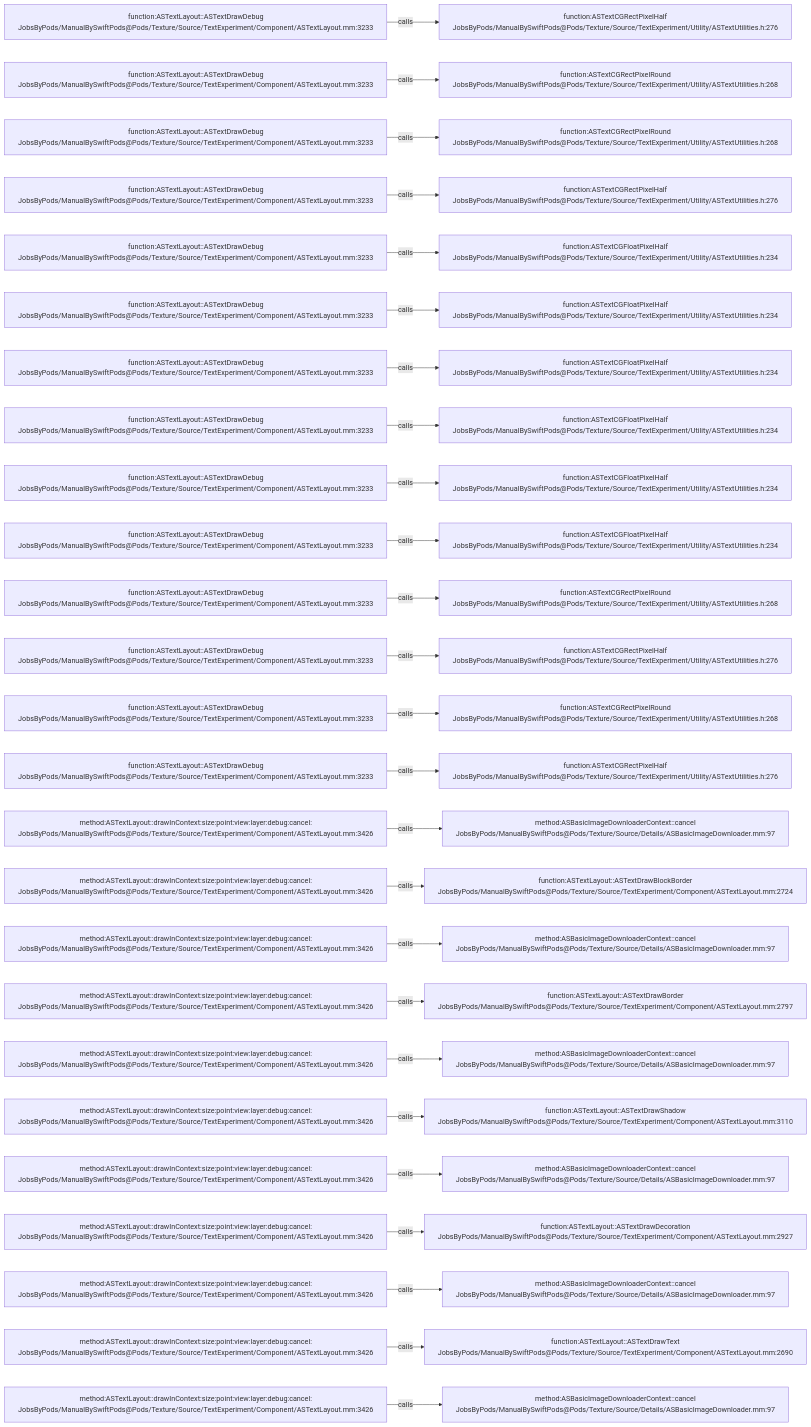
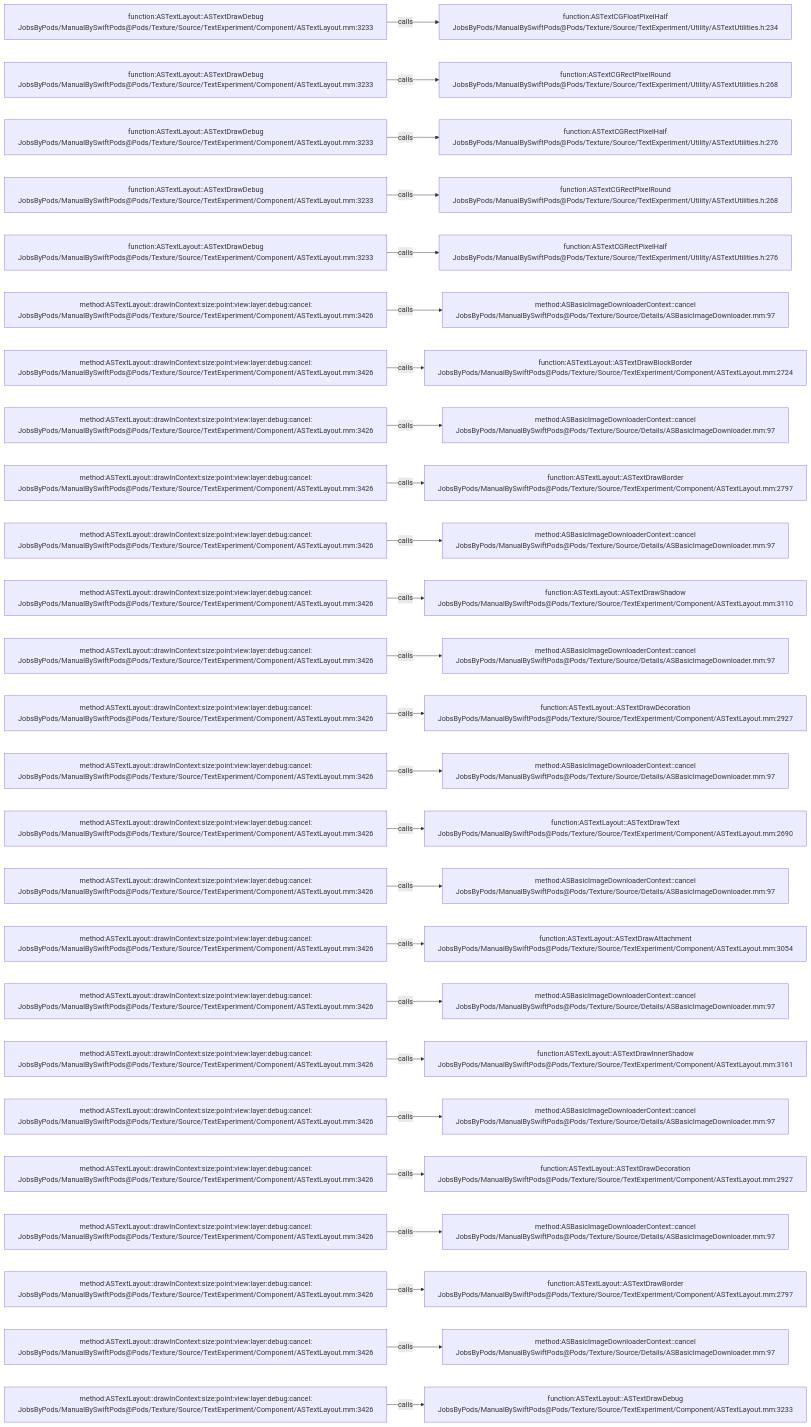
Before and after one commit to JobsKits/JobsSwiftBaseConfigDemo: the diagram in .codegraph/codegraph.md/graphs/calls-137.md, drawn with Mermaid. The commit also changed 707 other files, not shown here.

````diff
--- a/.codegraph/codegraph.md/graphs/calls-137.md
+++ b/.codegraph/codegraph.md/graphs/calls-137.md
@@ -13,78 +13,78 @@
 ```mermaid
 flowchart LR
   S1["function:ASTextLayout::ASTextDrawDebug<br/>JobsByPods/ManualBySwiftPods@Pods/Texture/Source/TextExperiment/Component/ASTextLayout.mm:3233"]
-  T1["function:ASTextCGRectPixelHalf<br/>JobsByPods/ManualBySwiftPods@Pods/Texture/Source/TextExperiment/Utility/ASTextUtilities.h:276"]
+  T1["function:ASTextCGFloatPixelHalf<br/>JobsByPods/ManualBySwiftPods@Pods/Texture/Source/TextExperiment/Utility/ASTextUtilities.h:234"]
   S1 -->|calls| T1
   S2["function:ASTextLayout::ASTextDrawDebug<br/>JobsByPods/ManualBySwiftPods@Pods/Texture/Source/TextExperiment/Component/ASTextLayout.mm:3233"]
   T2["function:ASTextCGRectPixelRound<br/>JobsByPods/ManualBySwiftPods@Pods/Texture/Source/TextExperiment/Utility/ASTextUtilities.h:268"]
   S2 -->|calls| T2
   S3["function:ASTextLayout::ASTextDrawDebug<br/>JobsByPods/ManualBySwiftPods@Pods/Texture/Source/TextExperiment/Component/ASTextLayout.mm:3233"]
-  T3["function:ASTextCGRectPixelRound<br/>JobsByPods/ManualBySwiftPods@Pods/Texture/Source/TextExperiment/Utility/ASTextUtilities.h:268"]
+  T3["function:ASTextCGRectPixelHalf<br/>JobsByPods/ManualBySwiftPods@Pods/Texture/Source/TextExperiment/Utility/ASTextUtilities.h:276"]
   S3 -->|calls| T3
   S4["function:ASTextLayout::ASTextDrawDebug<br/>JobsByPods/ManualBySwiftPods@Pods/Texture/Source/TextExperiment/Component/ASTextLayout.mm:3233"]
-  T4["function:ASTextCGRectPixelHalf<br/>JobsByPods/ManualBySwiftPods@Pods/Texture/Source/TextExperiment/Utility/ASTextUtilities.h:276"]
+  T4["function:ASTextCGRectPixelRound<br/>JobsByPods/ManualBySwiftPods@Pods/Texture/Source/TextExperiment/Utility/ASTextUtilities.h:268"]
   S4 -->|calls| T4
   S5["function:ASTextLayout::ASTextDrawDebug<br/>JobsByPods/ManualBySwiftPods@Pods/Texture/Source/TextExperiment/Component/ASTextLayout.mm:3233"]
-  T5["function:ASTextCGFloatPixelHalf<br/>JobsByPods/ManualBySwiftPods@Pods/Texture/Source/TextExperiment/Utility/ASTextUtilities.h:234"]
+  T5["function:ASTextCGRectPixelHalf<br/>JobsByPods/ManualBySwiftPods@Pods/Texture/Source/TextExperiment/Utility/ASTextUtilities.h:276"]
   S5 -->|calls| T5
-  S6["function:ASTextLayout::ASTextDrawDebug<br/>JobsByPods/ManualBySwiftPods@Pods/Texture/Source/TextExperiment/Component/ASTextLayout.mm:3233"]
-  T6["function:ASTextCGFloatPixelHalf<br/>JobsByPods/ManualBySwiftPods@Pods/Texture/Source/TextExperiment/Utility/ASTextUtilities.h:234"]
+  S6["method:ASTextLayout::drawInContext:size:point:view:layer:debug:cancel:<br/>JobsByPods/ManualBySwiftPods@Pods/Texture/Source/TextExperiment/Component/ASTextLayout.mm:3426"]
+  T6["method:ASBasicImageDownloaderContext::cancel<br/>JobsByPods/ManualBySwiftPods@Pods/Texture/Source/Details/ASBasicImageDownloader.mm:97"]
   S6 -->|calls| T6
-  S7["function:ASTextLayout::ASTextDrawDebug<br/>JobsByPods/ManualBySwiftPods@Pods/Texture/Source/TextExperiment/Component/ASTextLayout.mm:3233"]
-  T7["function:ASTextCGFloatPixelHalf<br/>JobsByPods/ManualBySwiftPods@Pods/Texture/Source/TextExperiment/Utility/ASTextUtilities.h:234"]
+  S7["method:ASTextLayout::drawInContext:size:point:view:layer:debug:cancel:<br/>JobsByPods/ManualBySwiftPods@Pods/Texture/Source/TextExperiment/Component/ASTextLayout.mm:3426"]
+  T7["function:ASTextLayout::ASTextDrawBlockBorder<br/>JobsByPods/ManualBySwiftPods@Pods/Texture/Source/TextExperiment/Component/ASTextLayout.mm:2724"]
   S7 -->|calls| T7
-  S8["function:ASTextLayout::ASTextDrawDebug<br/>JobsByPods/ManualBySwiftPods@Pods/Texture/Source/TextExperiment/Component/ASTextLayout.mm:3233"]
-  T8["function:ASTextCGFloatPixelHalf<br/>JobsByPods/ManualBySwiftPods@Pods/Texture/Source/TextExperiment/Utility/ASTextUtilities.h:234"]
+  S8["method:ASTextLayout::drawInContext:size:point:view:layer:debug:cancel:<br/>JobsByPods/ManualBySwiftPods@Pods/Texture/Source/TextExperiment/Component/ASTextLayout.mm:3426"]
+  T8["method:ASBasicImageDownloaderContext::cancel<br/>JobsByPods/ManualBySwiftPods@Pods/Texture/Source/Details/ASBasicImageDownloader.mm:97"]
   S8 -->|calls| T8
-  S9["function:ASTextLayout::ASTextDrawDebug<br/>JobsByPods/ManualBySwiftPods@Pods/Texture/Source/TextExperiment/Component/ASTextLayout.mm:3233"]
-  T9["function:ASTextCGFloatPixelHalf<br/>JobsByPods/ManualBySwiftPods@Pods/Texture/Source/TextExperiment/Utility/ASTextUtilities.h:234"]
+  S9["method:ASTextLayout::drawInContext:size:point:view:layer:debug:cancel:<br/>JobsByPods/ManualBySwiftPods@Pods/Texture/Source/TextExperiment/Component/ASTextLayout.mm:3426"]
+  T9["function:ASTextLayout::ASTextDrawBorder<br/>JobsByPods/ManualBySwiftPods@Pods/Texture/Source/TextExperiment/Component/ASTextLayout.mm:2797"]
   S9 -->|calls| T9
-  S10["function:ASTextLayout::ASTextDrawDebug<br/>JobsByPods/ManualBySwiftPods@Pods/Texture/Source/TextExperiment/Component/ASTextLayout.mm:3233"]
-  T10["function:ASTextCGFloatPixelHalf<br/>JobsByPods/ManualBySwiftPods@Pods/Texture/Source/TextExperiment/Utility/ASTextUtilities.h:234"]
+  S10["method:ASTextLayout::drawInContext:size:point:view:layer:debug:cancel:<br/>JobsByPods/ManualBySwiftPods@Pods/Texture/Source/TextExperiment/Component/ASTextLayout.mm:3426"]
+  T10["method:ASBasicImageDownloaderContext::cancel<br/>JobsByPods/ManualBySwiftPods@Pods/Texture/Source/Details/ASBasicImageDownloader.mm:97"]
   S10 -->|calls| T10
-  S11["function:ASTextLayout::ASTextDrawDebug<br/>JobsByPods/ManualBySwiftPods@Pods/Texture/Source/TextExperiment/Component/ASTextLayout.mm:3233"]
-  T11["function:ASTextCGRectPixelRound<br/>JobsByPods/ManualBySwiftPods@Pods/Texture/Source/TextExperiment/Utility/ASTextUtilities.h:268"]
+  S11["method:ASTextLayout::drawInContext:size:point:view:layer:debug:cancel:<br/>JobsByPods/ManualBySwiftPods@Pods/Texture/Source/TextExperiment/Component/ASTextLayout.mm:3426"]
+  T11["function:ASTextLayout::ASTextDrawShadow<br/>JobsByPods/ManualBySwiftPods@Pods/Texture/Source/TextExperiment/Component/ASTextLayout.mm:3110"]
   S11 -->|calls| T11
-  S12["function:ASTextLayout::ASTextDrawDebug<br/>JobsByPods/ManualBySwiftPods@Pods/Texture/Source/TextExperiment/Component/ASTextLayout.mm:3233"]
-  T12["function:ASTextCGRectPixelHalf<br/>JobsByPods/ManualBySwiftPods@Pods/Texture/Source/TextExperiment/Utility/ASTextUtilities.h:276"]
+  S12["method:ASTextLayout::drawInContext:size:point:view:layer:debug:cancel:<br/>JobsByPods/ManualBySwiftPods@Pods/Texture/Source/TextExperiment/Component/ASTextLayout.mm:3426"]
+  T12["method:ASBasicImageDownloaderContext::cancel<br/>JobsByPods/ManualBySwiftPods@Pods/Texture/Source/Details/ASBasicImageDownloader.mm:97"]
   S12 -->|calls| T12
-  S13["function:ASTextLayout::ASTextDrawDebug<br/>JobsByPods/ManualBySwiftPods@Pods/Texture/Source/TextExperiment/Component/ASTextLayout.mm:3233"]
-  T13["function:ASTextCGRectPixelRound<br/>JobsByPods/ManualBySwiftPods@Pods/Texture/Source/TextExperiment/Utility/ASTextUtilities.h:268"]
+  S13["method:ASTextLayout::drawInContext:size:point:view:layer:debug:cancel:<br/>JobsByPods/ManualBySwiftPods@Pods/Texture/Source/TextExperiment/Component/ASTextLayout.mm:3426"]
+  T13["function:ASTextLayout::ASTextDrawDecoration<br/>JobsByPods/ManualBySwiftPods@Pods/Texture/Source/TextExperiment/Component/ASTextLayout.mm:2927"]
   S13 -->|calls| T13
-  S14["function:ASTextLayout::ASTextDrawDebug<br/>JobsByPods/ManualBySwiftPods@Pods/Texture/Source/TextExperiment/Component/ASTextLayout.mm:3233"]
-  T14["function:ASTextCGRectPixelHalf<br/>JobsByPods/ManualBySwiftPods@Pods/Texture/Source/TextExperiment/Utility/ASTextUtilities.h:276"]
+  S14["method:ASTextLayout::drawInContext:size:point:view:layer:debug:cancel:<br/>JobsByPods/ManualBySwiftPods@Pods/Texture/Source/TextExperiment/Component/ASTextLayout.mm:3426"]
+  T14["method:ASBasicImageDownloaderContext::cancel<br/>JobsByPods/ManualBySwiftPods@Pods/Texture/Source/Details/ASBasicImageDownloader.mm:97"]
   S14 -->|calls| T14
   S15["method:ASTextLayout::drawInContext:size:point:view:layer:debug:cancel:<br/>JobsByPods/ManualBySwiftPods@Pods/Texture/Source/TextExperiment/Component/ASTextLayout.mm:3426"]
-  T15["method:ASBasicImageDownloaderContext::cancel<br/>JobsByPods/ManualBySwiftPods@Pods/Texture/Source/Details/ASBasicImageDownloader.mm:97"]
+  T15["function:ASTextLayout::ASTextDrawText<br/>JobsByPods/ManualBySwiftPods@Pods/Texture/Source/TextExperiment/Component/ASTextLayout.mm:2690"]
   S15 -->|calls| T15
   S16["method:ASTextLayout::drawInContext:size:point:view:layer:debug:cancel:<br/>JobsByPods/ManualBySwiftPods@Pods/Texture/Source/TextExperiment/Component/ASTextLayout.mm:3426"]
-  T16["function:ASTextLayout::ASTextDrawBlockBorder<br/>JobsByPods/ManualBySwiftPods@Pods/Texture/Source/TextExperiment/Component/ASTextLayout.mm:2724"]
+  T16["method:ASBasicImageDownloaderContext::cancel<br/>JobsByPods/ManualBySwiftPods@Pods/Texture/Source/Details/ASBasicImageDownloader.mm:97"]
   S16 -->|calls| T16
   S17["method:ASTextLayout::drawInContext:size:point:view:layer:debug:cancel:<br/>JobsByPods/ManualBySwiftPods@Pods/Texture/Source/TextExperiment/Component/ASTextLayout.mm:3426"]
-  T17["method:ASBasicImageDownloaderContext::cancel<br/>JobsByPods/ManualBySwiftPods@Pods/Texture/Source/Details/ASBasicImageDownloader.mm:97"]
+  T17["function:ASTextLayout::ASTextDrawAttachment<br/>JobsByPods/ManualBySwiftPods@Pods/Texture/Source/TextExperiment/Component/ASTextLayout.mm:3054"]
   S17 -->|calls| T17
   S18["method:ASTextLayout::drawInContext:size:point:view:layer:debug:cancel:<br/>JobsByPods/ManualBySwiftPods@Pods/Texture/Source/TextExperiment/Component/ASTextLayout.mm:3426"]
-  T18["function:ASTextLayout::ASTextDrawBorder<br/>JobsByPods/ManualBySwiftPods@Pods/Texture/Source/TextExperiment/Component/ASTextLayout.mm:2797"]
+  T18["method:ASBasicImageDownloaderContext::cancel<br/>JobsByPods/ManualBySwiftPods@Pods/Texture/Source/Details/ASBasicImageDownloader.mm:97"]
   S18 -->|calls| T18
   S19["method:ASTextLayout::drawInContext:size:point:view:layer:debug:cancel:<br/>JobsByPods/ManualBySwiftPods@Pods/Texture/Source/TextExperiment/Component/ASTextLayout.mm:3426"]
-  T19["method:ASBasicImageDownloaderContext::cancel<br/>JobsByPods/ManualBySwiftPods@Pods/Texture/Source/Details/ASBasicImageDownloader.mm:97"]
+  T19["function:ASTextLayout::ASTextDrawInnerShadow<br/>JobsByPods/ManualBySwiftPods@Pods/Texture/Source/TextExperiment/Component/ASTextLayout.mm:3161"]
   S19 -->|calls| T19
   S20["method:ASTextLayout::drawInContext:size:point:view:layer:debug:cancel:<br/>JobsByPods/ManualBySwiftPods@Pods/Texture/Source/TextExperiment/Component/ASTextLayout.mm:3426"]
-  T20["function:ASTextLayout::ASTextDrawShadow<br/>JobsByPods/ManualBySwiftPods@Pods/Texture/Source/TextExperiment/Component/ASTextLayout.mm:3110"]
+  T20["method:ASBasicImageDownloaderContext::cancel<br/>JobsByPods/ManualBySwiftPods@Pods/Texture/Source/Details/ASBasicImageDownloader.mm:97"]
   S20 -->|calls| T20
   S21["method:ASTextLayout::drawInContext:size:point:view:layer:debug:cancel:<br/>JobsByPods/ManualBySwiftPods@Pods/Texture/Source/TextExperiment/Component/ASTextLayout.mm:3426"]
-  T21["method:ASBasicImageDownloaderContext::cancel<br/>JobsByPods/ManualBySwiftPods@Pods/Texture/Source/Details/ASBasicImageDownloader.mm:97"]
+  T21["function:ASTextLayout::ASTextDrawDecoration<br/>JobsByPods/ManualBySwiftPods@Pods/Texture/Source/TextExperiment/Component/ASTextLayout.mm:2927"]
   S21 -->|calls| T21
   S22["method:ASTextLayout::drawInContext:size:point:view:layer:debug:cancel:<br/>JobsByPods/ManualBySwiftPods@Pods/Texture/Source/TextExperiment/Component/ASTextLayout.mm:3426"]
-  T22["function:ASTextLayout::ASTextDrawDecoration<br/>JobsByPods/ManualBySwiftPods@Pods/Texture/Source/TextExperiment/Component/ASTextLayout.mm:2927"]
+  T22["method:ASBasicImageDownloaderContext::cancel<br/>JobsByPods/ManualBySwiftPods@Pods/Texture/Source/Details/ASBasicImageDownloader.mm:97"]
   S22 -->|calls| T22
   S23["method:ASTextLayout::drawInContext:size:point:view:layer:debug:cancel:<br/>JobsByPods/ManualBySwiftPods@Pods/Texture/Source/TextExperiment/Component/ASTextLayout.mm:3426"]
-  T23["method:ASBasicImageDownloaderContext::cancel<br/>JobsByPods/ManualBySwiftPods@Pods/Texture/Source/Details/ASBasicImageDownloader.mm:97"]
+  T23["function:ASTextLayout::ASTextDrawBorder<br/>JobsByPods/ManualBySwiftPods@Pods/Texture/Source/TextExperiment/Component/ASTextLayout.mm:2797"]
   S23 -->|calls| T23
   S24["method:ASTextLayout::drawInContext:size:point:view:layer:debug:cancel:<br/>JobsByPods/ManualBySwiftPods@Pods/Texture/Source/TextExperiment/Component/ASTextLayout.mm:3426"]
-  T24["function:ASTextLayout::ASTextDrawText<br/>JobsByPods/ManualBySwiftPods@Pods/Texture/Source/TextExperiment/Component/ASTextLayout.mm:2690"]
+  T24["method:ASBasicImageDownloaderContext::cancel<br/>JobsByPods/ManualBySwiftPods@Pods/Texture/Source/Details/ASBasicImageDownloader.mm:97"]
   S24 -->|calls| T24
   S25["method:ASTextLayout::drawInContext:size:point:view:layer:debug:cancel:<br/>JobsByPods/ManualBySwiftPods@Pods/Texture/Source/TextExperiment/Component/ASTextLayout.mm:3426"]
-  T25["method:ASBasicImageDownloaderContext::cancel<br/>JobsByPods/ManualBySwiftPods@Pods/Texture/Source/Details/ASBasicImageDownloader.mm:97"]
+  T25["function:ASTextLayout::ASTextDrawDebug<br/>JobsByPods/ManualBySwiftPods@Pods/Texture/Source/TextExperiment/Component/ASTextLayout.mm:3233"]
   S25 -->|calls| T25
 ```
````
